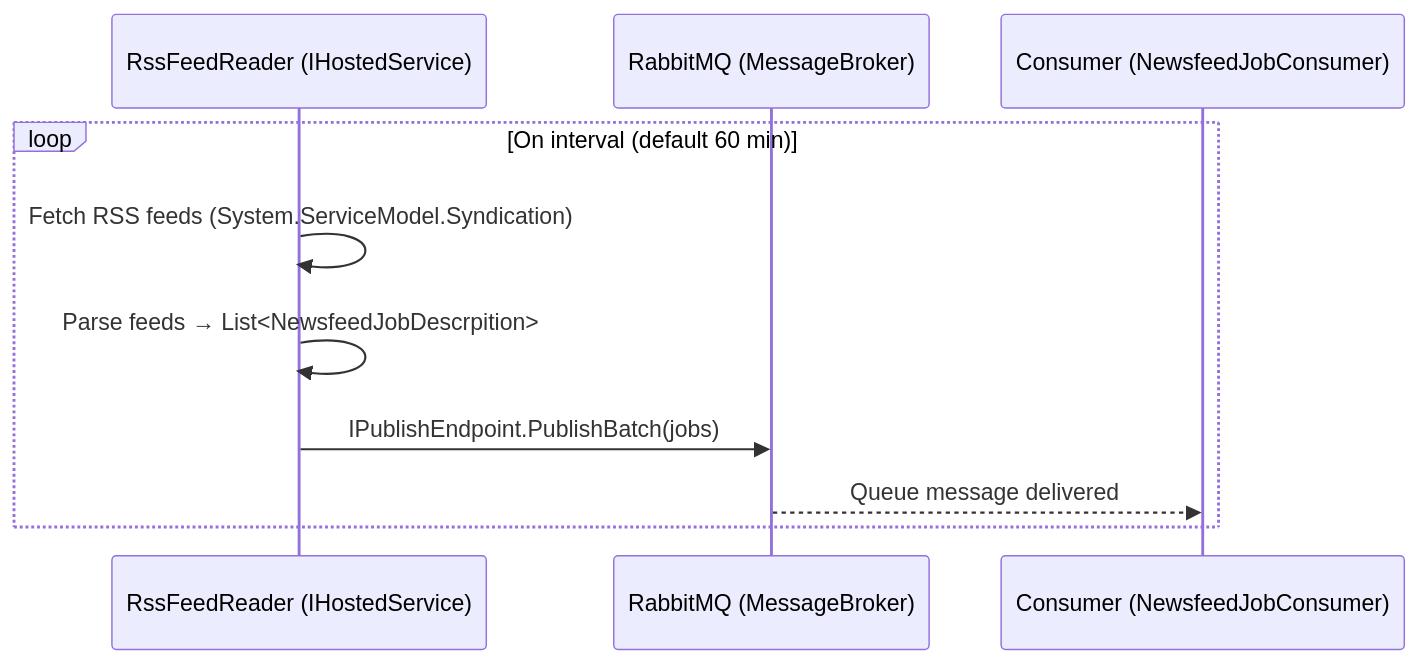
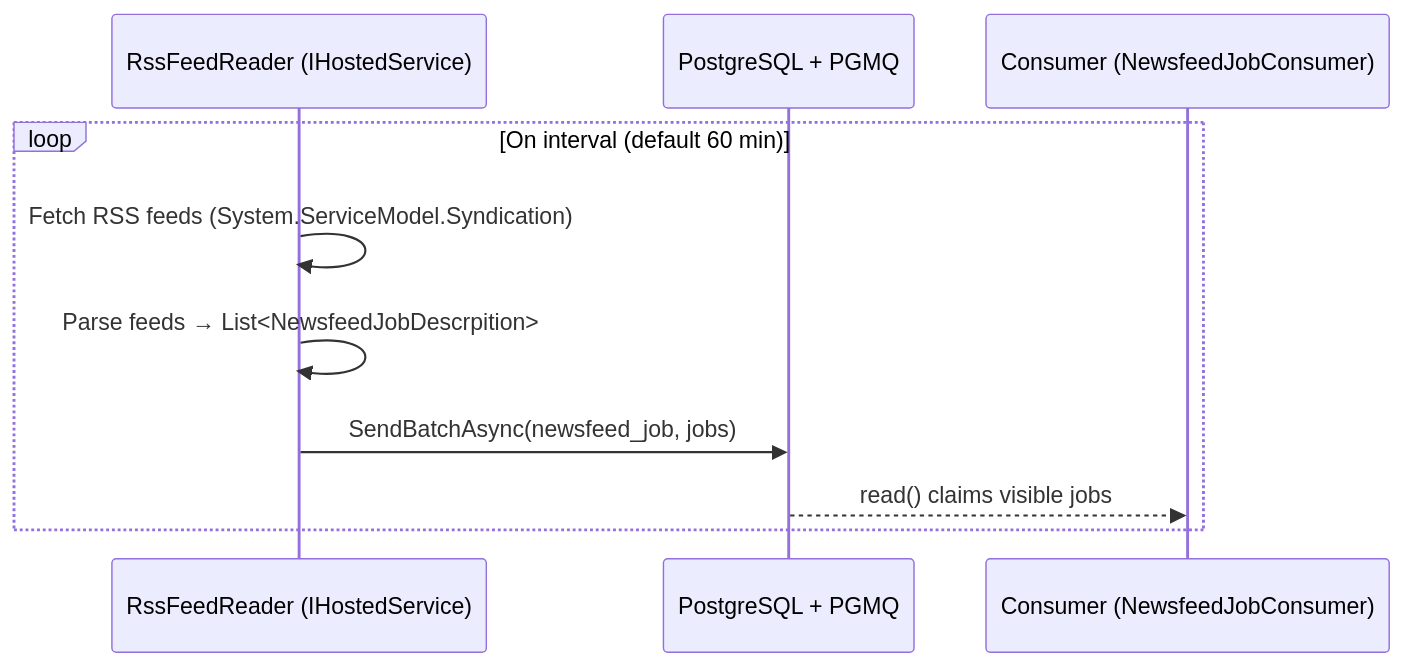
Before and after one commit to Fortyfei/AgitpropScraper: the first of 8 diagrams in .docs/pipelines.md, drawn with Mermaid. The commit also changed other lines of this file and 39 other files, not shown here.

Commit message:
Agent Host changes for agents/postgres-message-queue-options (#80)

````diff
--- a/.docs/pipelines.md
+++ b/.docs/pipelines.md
@@ -10,13 +10,13 @@
 ```mermaid
 sequenceDiagram
     participant RSS as RssFeedReader (IHostedService)
-    participant MQ as RabbitMQ (MessageBroker)
+    participant DB as PostgreSQL + PGMQ
     participant CON as Consumer (NewsfeedJobConsumer)
 
     loop On interval (default 60 min)
         RSS->>RSS: Fetch RSS feeds (System.ServiceModel.Syndication)
         RSS->>RSS: Parse feeds → List<NewsfeedJobDescrpition>
-        RSS->>MQ: IPublishEndpoint.PublishBatch(jobs)
-        MQ-->>CON: Queue message delivered
+        RSS->>DB: SendBatchAsync(newsfeed_job, jobs)
+        DB-->>CON: read() claims visible jobs
     end
 ```
````
